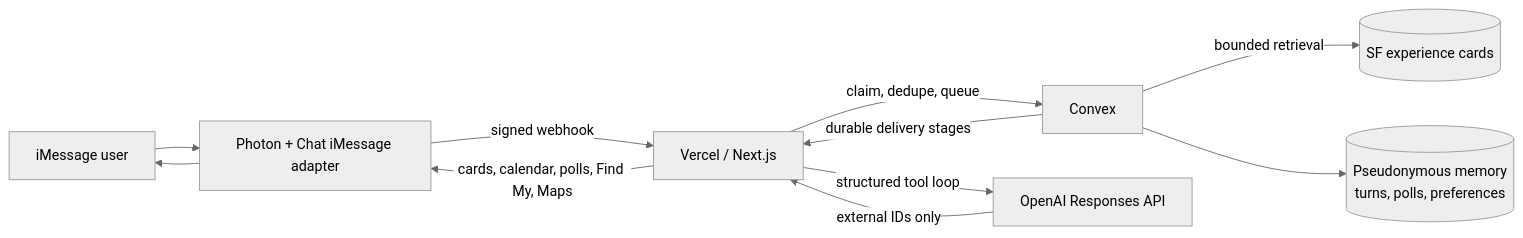
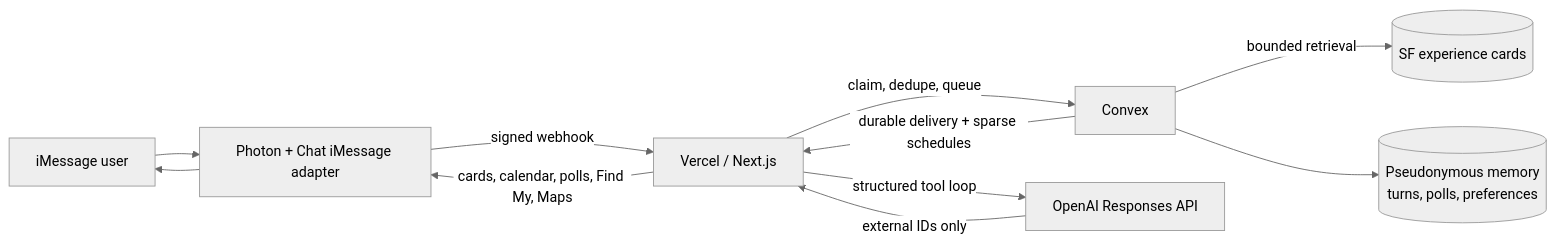
One commit to gratitude5dee/mayor-coast changed the diagram in README.md. Above: the diagram before and after it, drawn with Mermaid (neutral theme). The commit also changed other lines of this file and 17 other files, not shown here.

````diff
--- a/README.md
+++ b/README.md
@@ -9,13 +9,13 @@
 ```mermaid
 flowchart LR
     U[iMessage user] --> P[Photon + Chat iMessage adapter]
     P -->|signed webhook| V[Vercel / Next.js]
     V -->|claim, dedupe, queue| C[Convex]
     C -->|bounded retrieval| D[(SF experience cards)]
     V -->|structured tool loop| O[OpenAI Responses API]
     O -->|external IDs only| V
-    C -->|durable delivery stages| V
+    C -->|durable delivery + sparse schedules| V
     V -->|cards, calendar, polls, Find My, Maps| P
     P --> U
     C --> M[(Pseudonymous memory\nturns, polls, preferences)]
 ```
````
